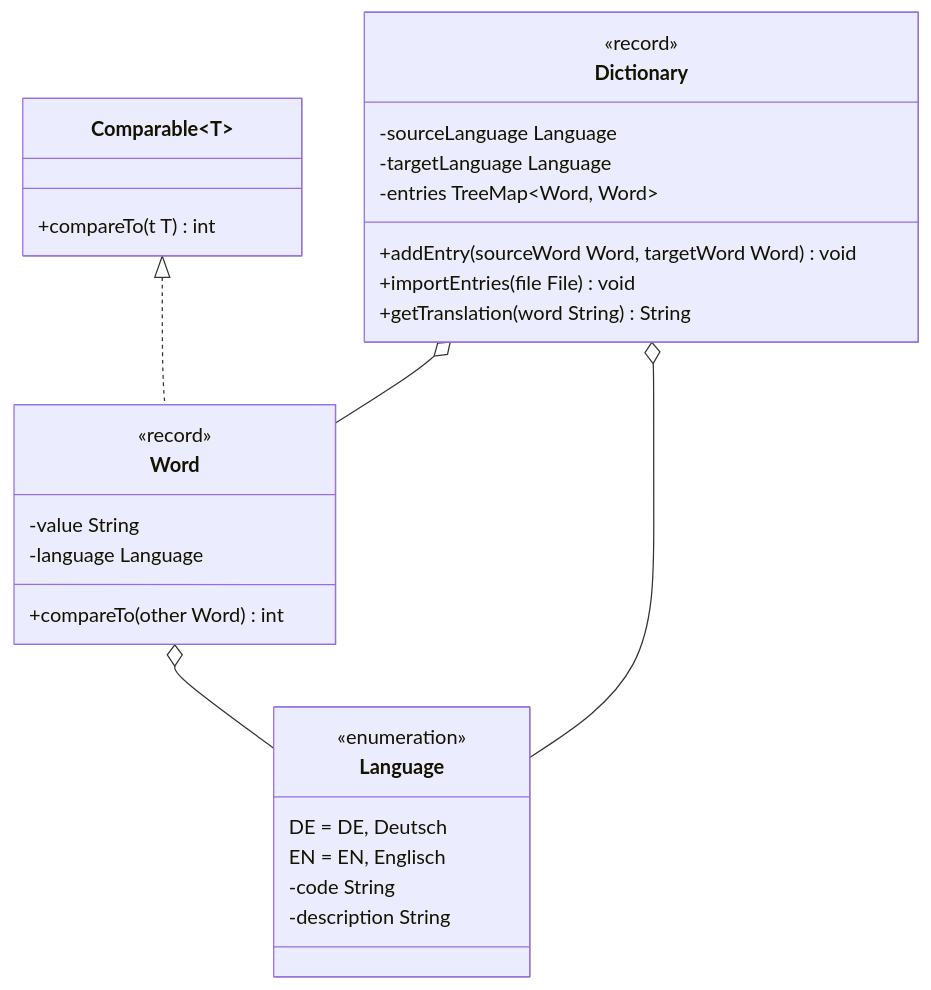
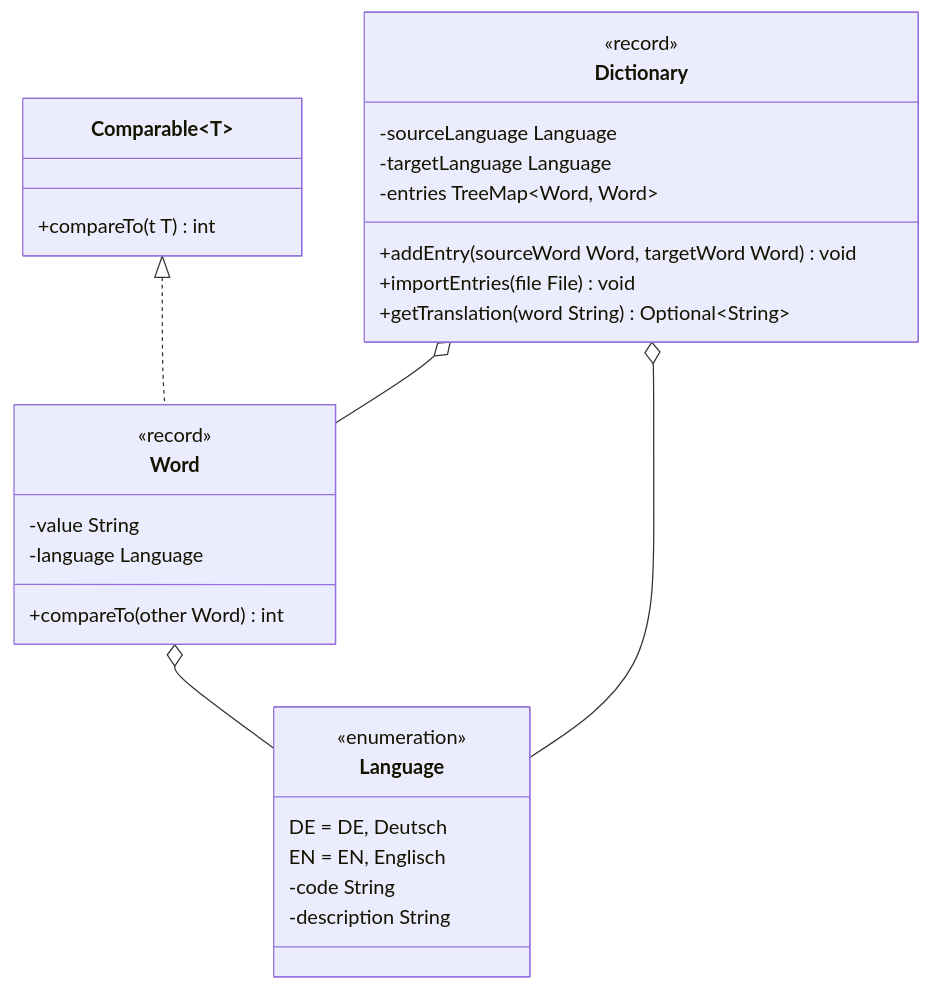
The diagram in docs/exam-exercises/exam-exercises-java2/dictionary.md (jappuccini/java-docs), drawn with Mermaid before and after one commit. The commit also changed other lines of this file, not shown here.

````diff
--- a/docs/exam-exercises/exam-exercises-java2/dictionary.md
+++ b/docs/exam-exercises/exam-exercises-java2/dictionary.md
@@ -11,36 +11,36 @@
 ```mermaid
 classDiagram
     Comparable~T~ <|.. Word
     Word o-- Language
     Dictionary o-- Word
     Dictionary o-- Language
 
     class Word {
         <<record>>
         -value String
         -language Language
         +compareTo(other Word) int
     }
 
     class Comparable~T~ {
         +compareTo(t T) int
     }
 
     class Language {
         <<enumeration>>
         DE = DE, Deutsch
         EN = EN, Englisch
         -code String
         -description String
     }
 
     class Dictionary {
         <<record>>
         -sourceLanguage Language
         -targetLanguage Language
         -entries TreeMap~Word&#44&#160Word~
         +addEntry(sourceWord Word, targetWord Word) void
         +importEntries(file File) void
-        +getTranslation(word String) String
+        +getTranslation(word String) Optional~String~
     }
 ```
````
